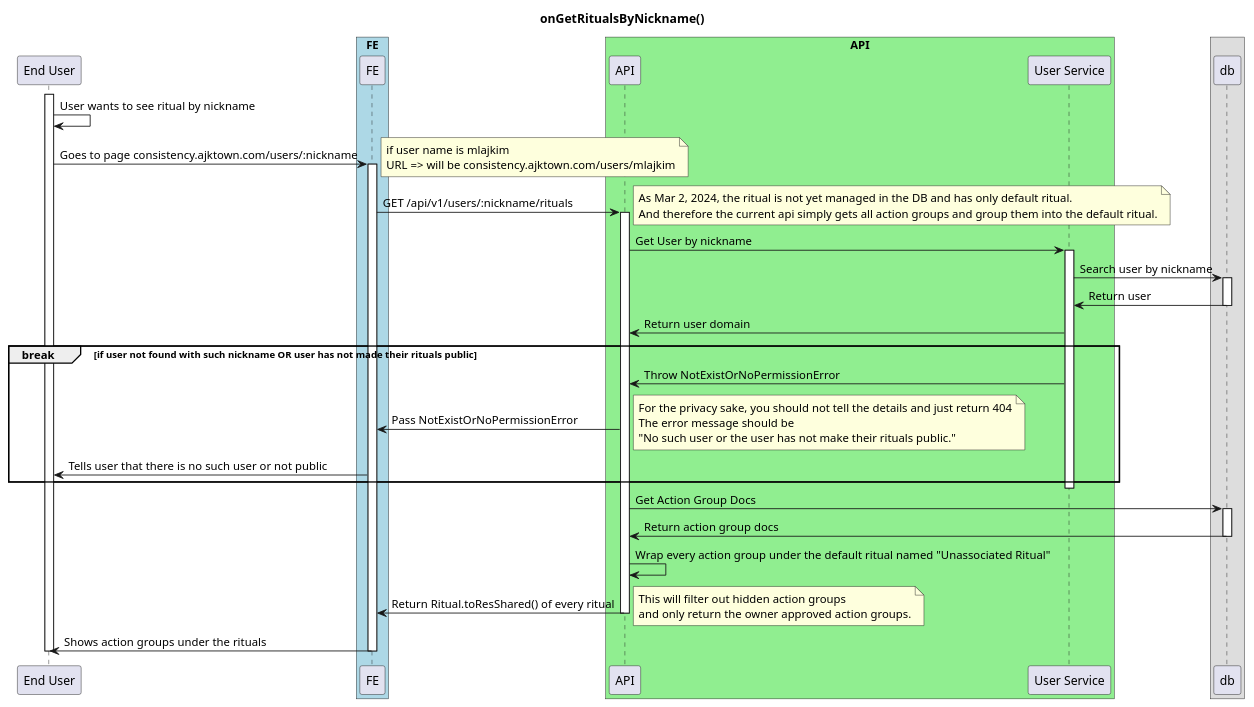
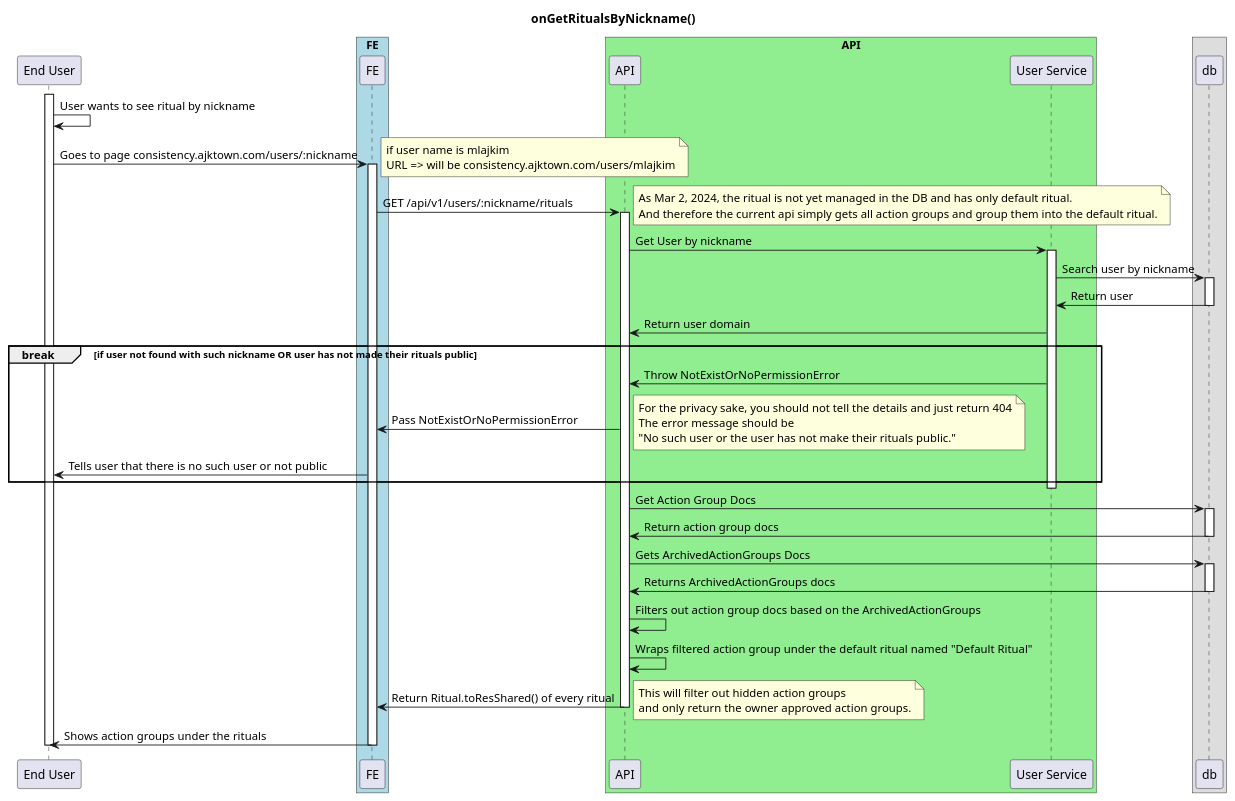
One commit to ajktown/docs changed the diagram in dev_consistency/diagrams/on-get-rituals-by-nickname.md. Above: the diagram before and after it, drawn with PlantUML. The commit also changed other lines of this file and 8 other files, not shown here.

First line of the commit message:
Archive feature for Action Groups under Ritual (#104)

````diff
--- a/dev_consistency/diagrams/on-get-rituals-by-nickname.md
+++ b/dev_consistency/diagrams/on-get-rituals-by-nickname.md
@@ -15,63 +28,68 @@
 ```plantuml
 
 @startuml
 
 title onGetRitualsByNickname()
 
 participant "End User" as user
 
 box "FE" #Lightblue
   participant "FE" as fe
 box
 box "API" #Lightgreen
   participant "API" as api
   participant "User Service" as user_service
 box
 
 activate user
   user -> user: User wants to see ritual by nickname
   user -> fe: Goes to page consistency.ajktown.com/users/:nickname
   note right
     if user name is mlajkim
     URL => will be consistency.ajktown.com/users/mlajkim
   end note
   activate fe
     fe -> api: GET /api/v1/users/:nickname/rituals
     activate api
       note right
         As Mar 2, 2024, the ritual is not yet managed in the DB and has only default ritual.
         And therefore the current api simply gets all action groups and group them into the default ritual.
       end note
       api -> user_service: Get User by nickname
       activate user_service
         user_service -> db: Search user by nickname
         activate db
           user_service <- db : Return user
         deactivate db
         api <- user_service: Return user domain
         break if user not found with such nickname OR user has not made their rituals public
           api <- user_service: Throw NotExistOrNoPermissionError
           fe <- api: Pass NotExistOrNoPermissionError
           note right
             For the privacy sake, you should not tell the details and just return 404
             The error message should be
             "No such user or the user has not make their rituals public."
           end note
           user <- fe: Tells user that there is no such user or not public
         end break
       deactivate user_service
       api -> db: Get Action Group Docs
       activate db
         api <- db: Return action group docs
       deactivate db
-      api -> api: Wrap every action group under the default ritual named "Unassociated Ritual"
+      api -> db: Gets ArchivedActionGroups Docs
+      activate db
+        api <- db: Returns ArchivedActionGroups docs
+      deactivate db
+      api -> api: Filters out action group docs based on the ArchivedActionGroups
+      api -> api: Wraps filtered action group under the default ritual named "Default Ritual"
       fe <- api: Return Ritual.toResShared() of every ritual
       note right
         This will filter out hidden action groups
         and only return the owner approved action groups.
       end note
     deactivate api
     user <- fe: Shows action groups under the rituals
   deactivate fe
 deactivate user
 ```
````
